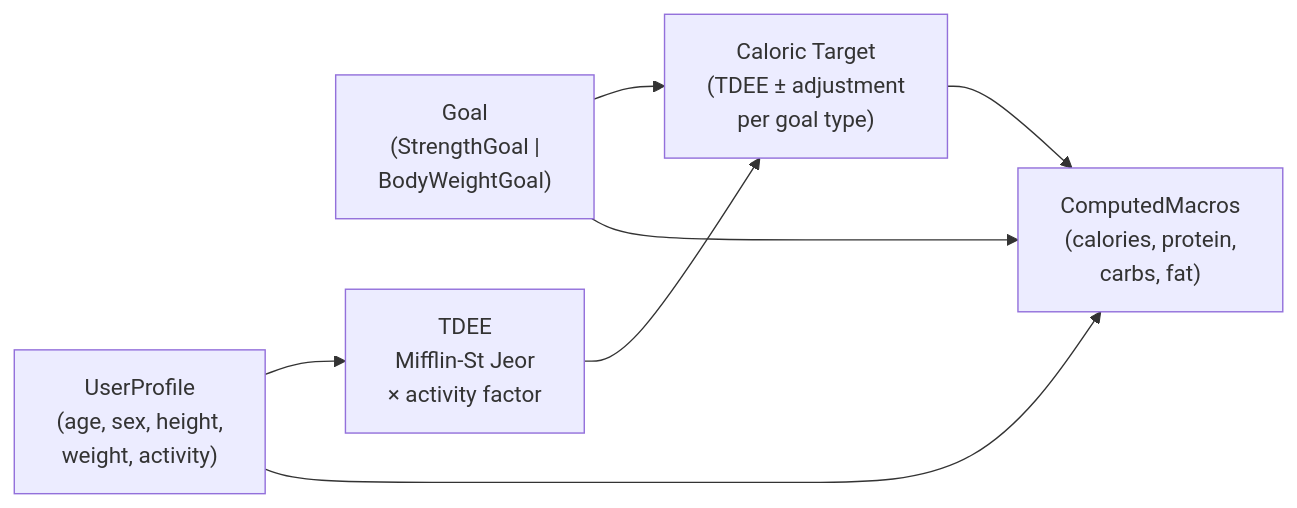
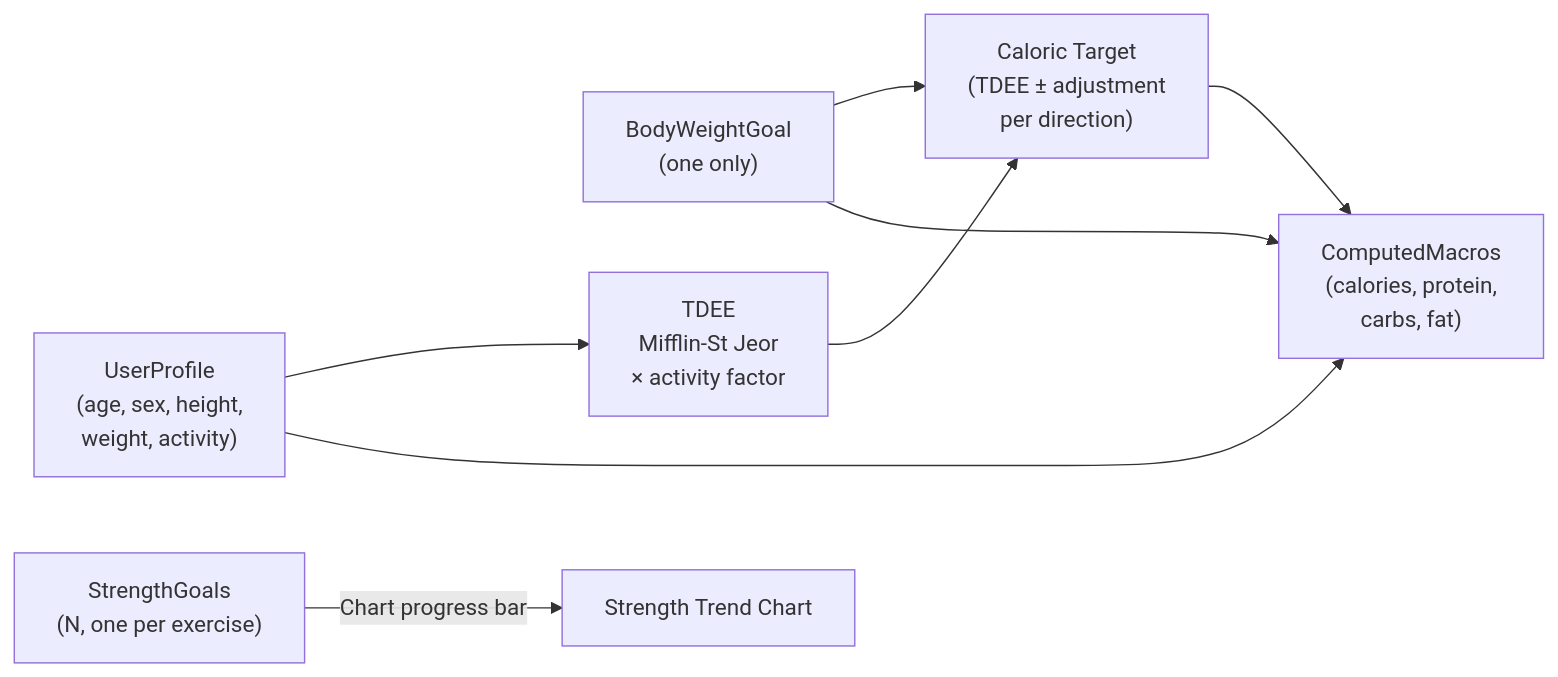
Before and after one commit to lucas-montes/fitfat: the diagram in context/goals/goals-macros.md, drawn with Mermaid. The commit also changed other lines of this file and 24 other files, not shown here.

````diff
--- a/context/goals/goals-macros.md
+++ b/context/goals/goals-macros.md
@@ -7,15 +7,17 @@
 ```mermaid
 flowchart LR
     Profile["UserProfile<br/>(age, sex, height,<br/>weight, activity)"]
-    Goal["Goal<br/>(StrengthGoal |<br/>BodyWeightGoal)"]
+    BWGoal["BodyWeightGoal<br/>(one only)"]
+    SGoals["StrengthGoals<br/>(N, one per exercise)"]
     TDEE["TDEE<br/>Mifflin-St Jeor<br/>× activity factor"]
-    CalTarget["Caloric Target<br/>(TDEE ± adjustment<br/>per goal type)"]
+    CalTarget["Caloric Target<br/>(TDEE ± adjustment<br/>per direction)"]
     Macros["ComputedMacros<br/>(calories, protein,<br/>carbs, fat)"]
 
     Profile --> TDEE
-    Goal --> CalTarget
+    BWGoal --> CalTarget
     TDEE --> CalTarget
     CalTarget --> Macros
     Profile --> Macros
-    Goal --> Macros
+    BWGoal --> Macros
+    SGoals --> |Chart progress bar|StrengthTrend["Strength Trend Chart"]
 ```
````
